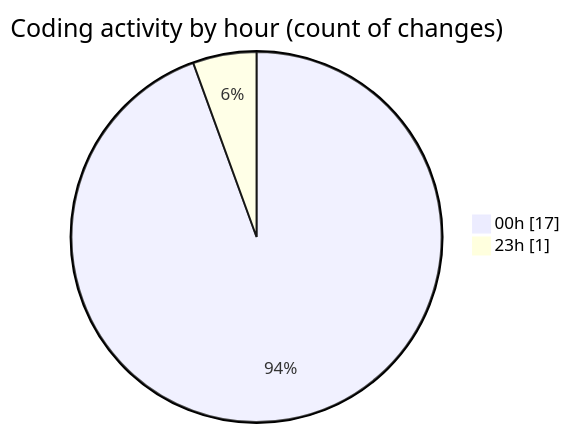
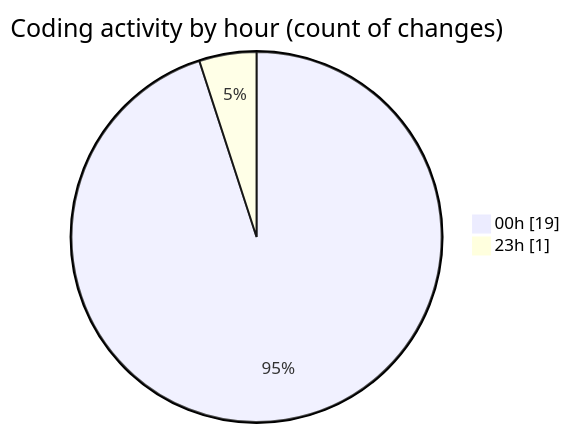
The second of 2 diagrams in 2025-07-29/refunds/README.md (EIIisD/code-tracking), drawn with Mermaid before and after one commit. The commit also changed other lines of this file and 1 other file, not shown here.

````diff
--- a/2025-07-29/refunds/README.md
+++ b/2025-07-29/refunds/README.md
@@ -28,6 +28,6 @@
 ```mermaid
 pie showData
 title Coding activity by hour (count of changes)
-"00h" : 17
+"00h" : 19
 "23h" : 1
 ```
````
